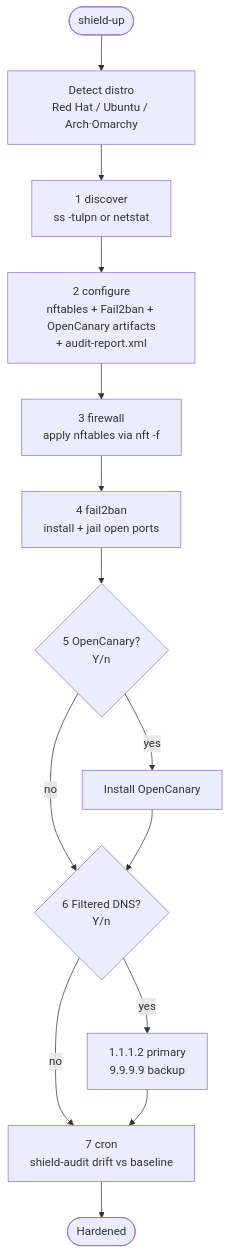
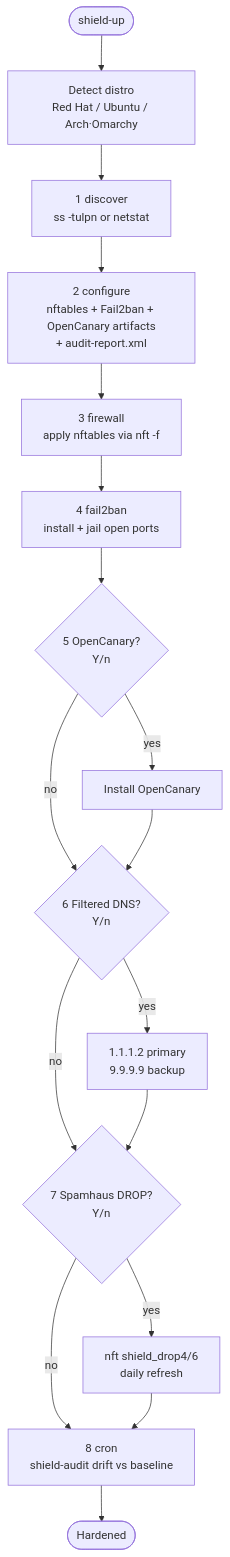
Before and after one commit to mowgli42/shield-map: the first of 2 diagrams in README.md, drawn with Mermaid. The commit also changed other lines of this file and 10 other files, not shown here.

First line of the commit message:
Add optional Spamhaus DROP stage to shield-up (#34)

````diff
--- a/README.md
+++ b/README.md
@@ -48,16 +48,19 @@
 ```mermaid
 flowchart TB
   START([shield-up]) --> DETECT[Detect distro<br/>Red Hat / Ubuntu / Arch·Omarchy]
   DETECT --> D[1 discover<br/>ss -tulpn or netstat]
   D --> C[2 configure<br/>nftables + Fail2ban + OpenCanary artifacts<br/>+ audit-report.xml]
   C --> F[3 firewall<br/>apply nftables via nft -f]
   F --> J[4 fail2ban<br/>install + jail open ports]
   J --> O{5 OpenCanary?<br/>Y/n}
   O -->|yes| OC[Install OpenCanary]
   O -->|no| DNSQ
   OC --> DNSQ{6 Filtered DNS?<br/>Y/n}
   DNSQ -->|yes| DNS[1.1.1.2 primary<br/>9.9.9.9 backup]
-  DNSQ -->|no| CRON
-  DNS --> CRON[7 cron<br/>shield-audit drift vs baseline]
+  DNSQ -->|no| DROPQ
+  DNS --> DROPQ{7 Spamhaus DROP?<br/>Y/n}
+  DROPQ -->|yes| DROP[nft shield_drop4/6<br/>daily refresh]
+  DROPQ -->|no| CRON
+  DROP --> CRON[8 cron<br/>shield-audit drift vs baseline]
   CRON --> DONE([Hardened])
 ```
````
